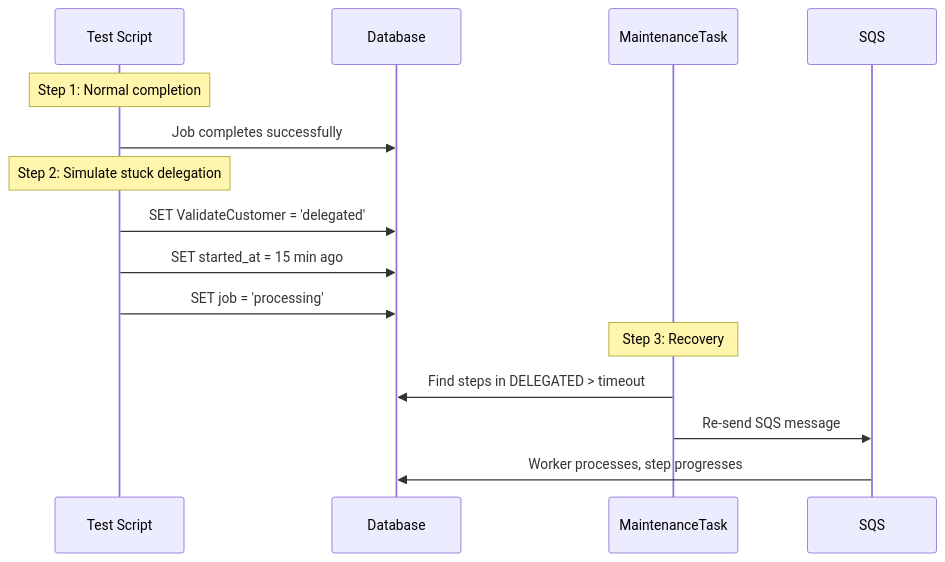
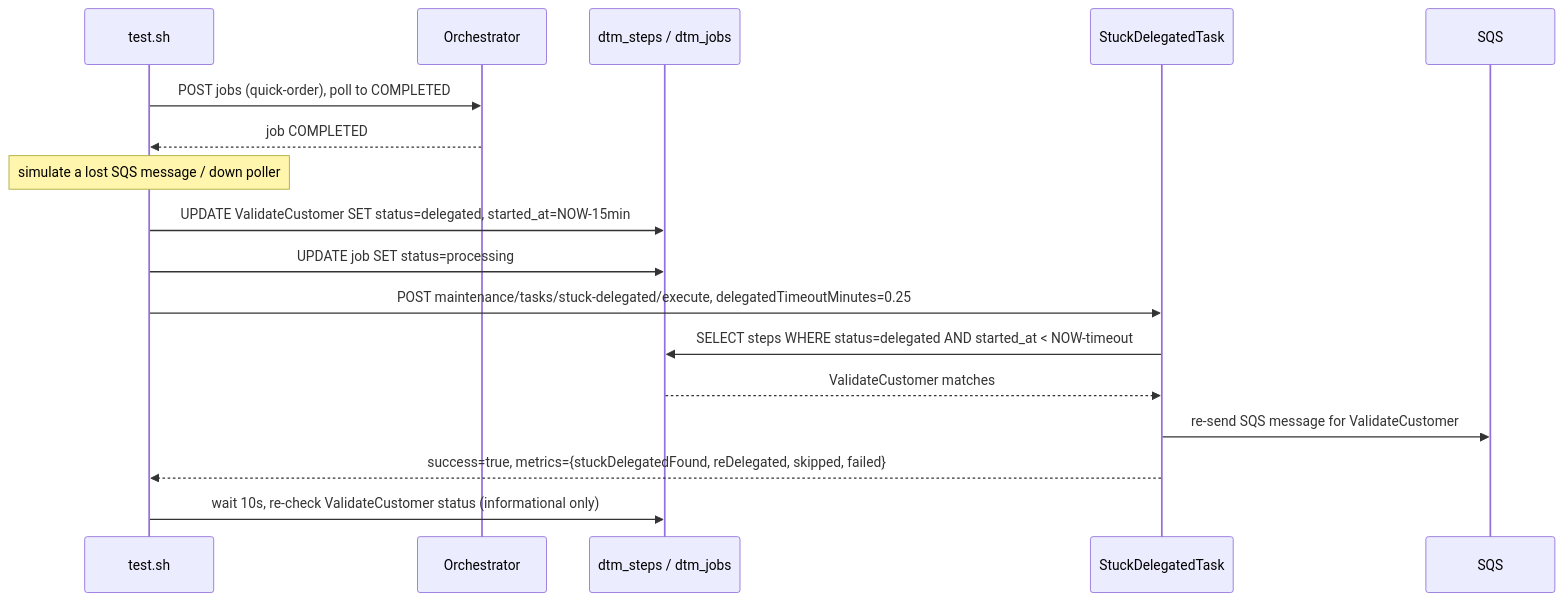
Before and after one commit to inctasoft/setpoint-evals-dtm-examples: the diagram in setpoint-evals/SE-11-stuck-delegated-recovery/README.md, drawn with Mermaid. The commit also changed other lines of this file and 12 other files, not shown here.

````diff
--- a/setpoint-evals/SE-11-stuck-delegated-recovery/README.md
+++ b/setpoint-evals/SE-11-stuck-delegated-recovery/README.md
@@ -13,20 +22,23 @@
 ```mermaid
 sequenceDiagram
-    participant TEST as Test Script
-    participant DB as Database
-    participant TASK as MaintenanceTask
-    participant SQS as SQS
+    participant T as test.sh
+    participant O as Orchestrator
+    participant DB as dtm_steps / dtm_jobs
+    participant Task as StuckDelegatedTask
+    participant Q as SQS
 
-    Note over TEST: Step 1: Normal completion
-    TEST->>DB: Job completes successfully
+    T->>O: POST jobs (quick-order), poll to COMPLETED
+    O-->>T: job COMPLETED
 
-    Note over TEST: Step 2: Simulate stuck delegation
-    TEST->>DB: SET ValidateCustomer = 'delegated'
-    TEST->>DB: SET started_at = 15 min ago
-    TEST->>DB: SET job = 'processing'
+    Note over T: simulate a lost SQS message / down poller
+    T->>DB: UPDATE ValidateCustomer SET status=delegated, started_at=NOW-15min
+    T->>DB: UPDATE job SET status=processing
 
-    Note over TASK: Step 3: Recovery
-    TASK->>DB: Find steps in DELEGATED > timeout
-    TASK->>SQS: Re-send SQS message
-    SQS->>DB: Worker processes, step progresses
+    T->>Task: POST maintenance/tasks/stuck-delegated/execute, delegatedTimeoutMinutes=0.25
+    Task->>DB: SELECT steps WHERE status=delegated AND started_at < NOW-timeout
+    DB-->>Task: ValidateCustomer matches
+    Task->>Q: re-send SQS message for ValidateCustomer
+    Task-->>T: success=true, metrics={stuckDelegatedFound, reDelegated, skipped, failed}
+
+    T->>DB: wait 10s, re-check ValidateCustomer status (informational only)
 ```
````
